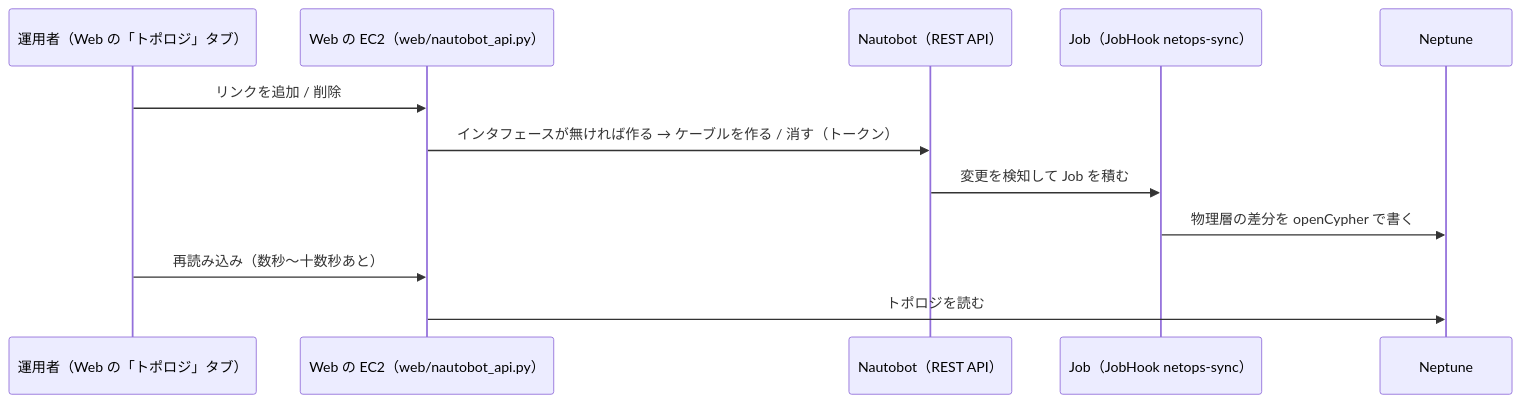
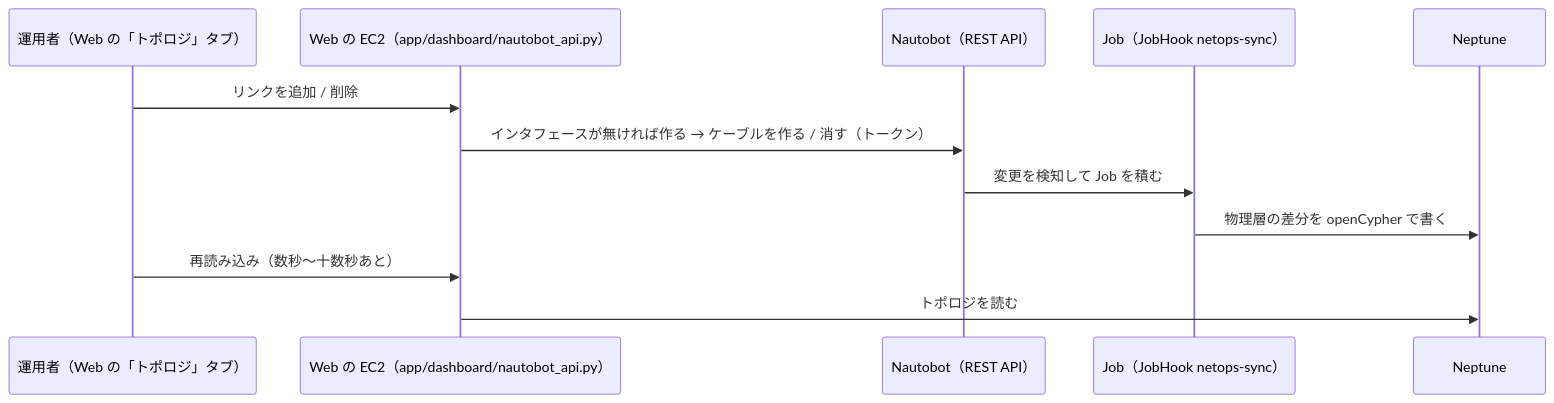
One commit to eddie-eights/nwc-poc changed the third of 4 diagrams in docs/nautobot.md. Above: the diagram before and after it, drawn with Mermaid. The commit also changed other lines of this file and 242 other files, not shown here.

````diff
--- a/docs/nautobot.md
+++ b/docs/nautobot.md
@@ -157,14 +157,14 @@
 ```mermaid
 sequenceDiagram
   participant U as 運用者（Web の「トポロジ」タブ）
-  participant W as Web の EC2（web/nautobot_api.py）
+  participant W as Web の EC2（app/dashboard/nautobot_api.py）
   participant N as Nautobot（REST API）
   participant J as Job（JobHook netops-sync）
   participant G as Neptune
   U->>W: リンクを追加 / 削除
   W->>N: インタフェースが無ければ作る → ケーブルを作る / 消す（トークン）
   N->>J: 変更を検知して Job を積む
   J->>G: 物理層の差分を openCypher で書く
   U->>W: 再読み込み（数秒〜十数秒あと）
   W->>G: トポロジを読む
 ```
````
